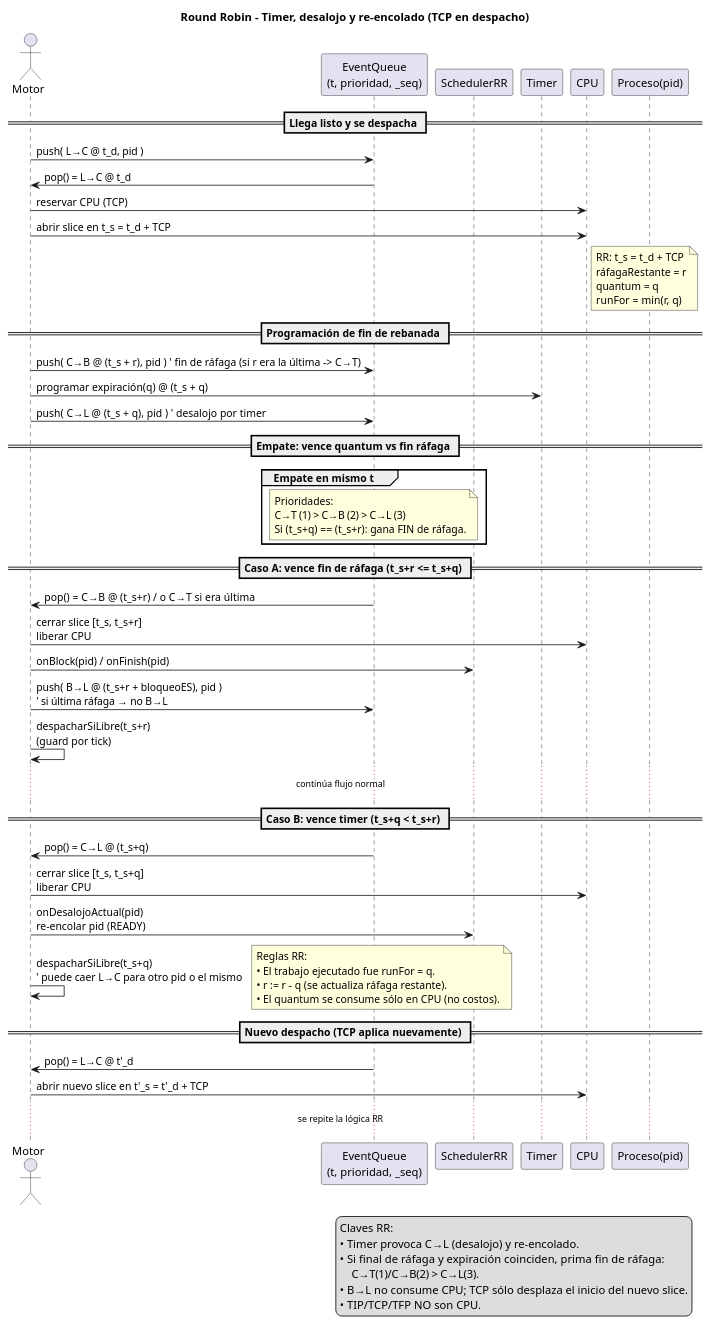
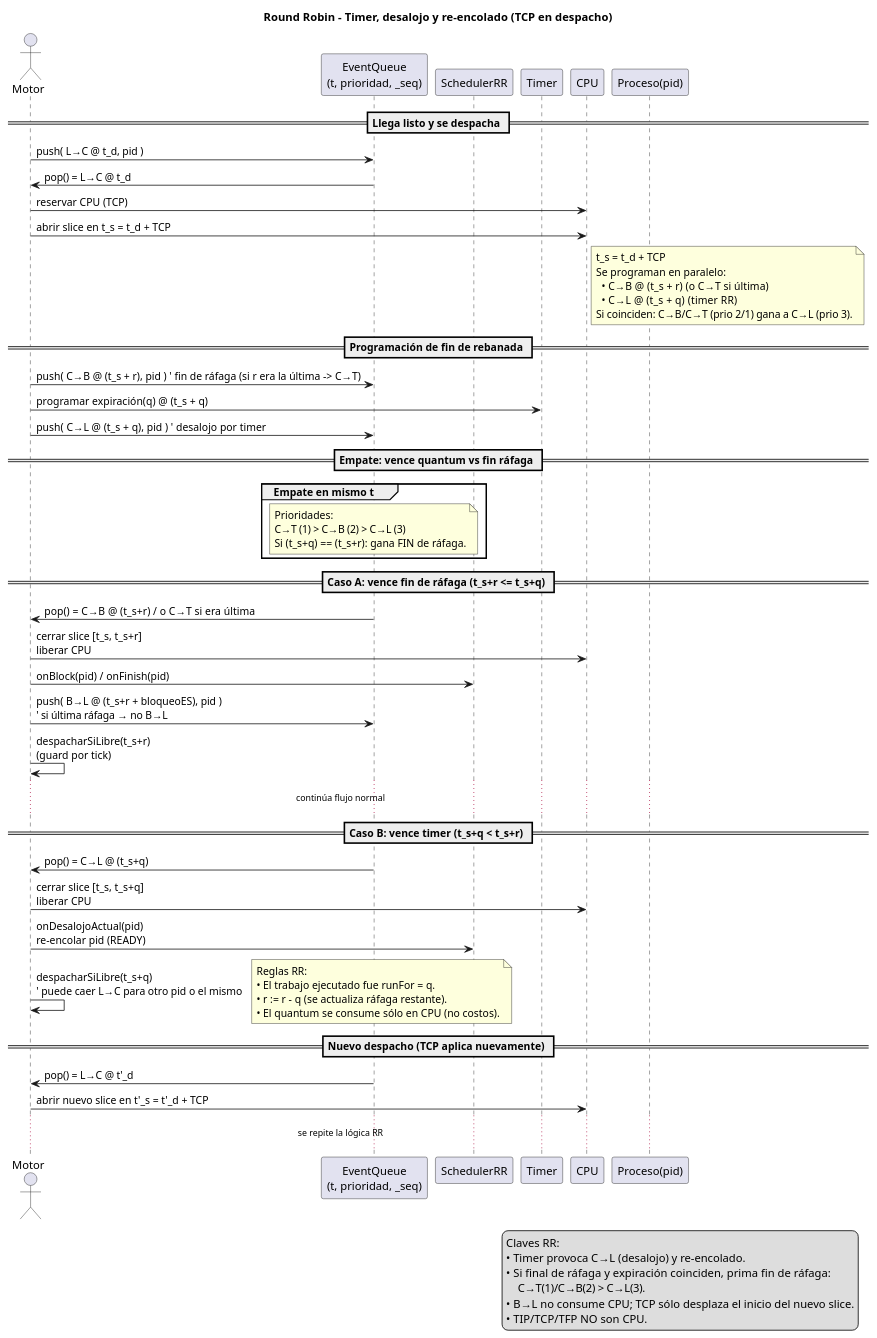
Before and after one commit to micaelaalvaradomendez/planificacionProcesador: the diagram in diagramas/secuenciaRR.puml, drawn with PlantUML. The commit also changed 11 other files, not shown here.

```diff
--- a/diagramas/secuenciaRR.puml
+++ b/diagramas/secuenciaRR.puml
@@ -1,70 +1,71 @@
 @startuml 06-secuencia-rr
 title Round Robin – Timer, desalojo y re-encolado (TCP en despacho)
 
 actor "Motor" as ENG
 participant "EventQueue\n(t, prioridad, _seq)" as EQ
 participant "SchedulerRR" as SCH
 participant "Timer" as TM
 participant "CPU" as CPU
 participant "Proceso(pid)" as P
 
 == Llega listo y se despacha ==
 ENG -> EQ : push( L→C @ t_d, pid )
 EQ  -> ENG : pop() = L→C @ t_d
 ENG -> CPU : reservar CPU (TCP)
 ENG -> CPU : abrir slice en t_s = t_d + TCP
 note right of CPU
-  RR: t_s = t_d + TCP
-  ráfagaRestante = r
-  quantum = q
-  runFor = min(r, q)
+  t_s = t_d + TCP
+  Se programan en paralelo:
+    • C→B @ (t_s + r)   (o C→T si última)
+    • C→L @ (t_s + q)   (timer RR)
+  Si coinciden: C→B/C→T (prio 2/1) gana a C→L (prio 3).
 end note
 
 == Programación de fin de rebanada ==
 ENG -> EQ : push( C→B @ (t_s + r), pid )  ' fin de ráfaga (si r era la última -> C→T)
 ENG -> TM : programar expiración(q) @ (t_s + q)
 ENG -> EQ : push( C→L @ (t_s + q), pid )  ' desalojo por timer
 
 == Empate: vence quantum vs fin ráfaga ==
 group Empate en mismo t
   note over EQ
     Prioridades:
     C→T (1) > C→B (2) > C→L (3)
     Si (t_s+q) == (t_s+r): gana FIN de ráfaga.
   end note
 end
 
 == Caso A: vence fin de ráfaga (t_s+r <= t_s+q) ==
 EQ  -> ENG : pop() = C→B @ (t_s+r)  /  o C→T si era última
 ENG -> CPU : cerrar slice [t_s, t_s+r]\nliberar CPU
 ENG -> SCH : onBlock(pid) / onFinish(pid)
 ENG -> EQ  : push( B→L @ (t_s+r + bloqueoES), pid )\n' si última ráfaga → no B→L
 ENG -> ENG : despacharSiLibre(t_s+r)\n(guard por tick)
 ... continúa flujo normal ...
 
 == Caso B: vence timer (t_s+q < t_s+r) ==
 EQ  -> ENG : pop() = C→L @ (t_s+q)
 ENG -> CPU : cerrar slice [t_s, t_s+q]\nliberar CPU
 ENG -> SCH : onDesalojoActual(pid)\nre-encolar pid (READY)
 ENG -> ENG : despacharSiLibre(t_s+q)\n' puede caer L→C para otro pid o el mismo
 note right
   Reglas RR:
   • El trabajo ejecutado fue runFor = q.
   • r := r - q (se actualiza ráfaga restante).
   • El quantum se consume sólo en CPU (no costos).
 end note
 
 == Nuevo despacho (TCP aplica nuevamente) ==
 EQ  -> ENG : pop() = L→C @ t'_d
 ENG -> CPU : abrir nuevo slice en t'_s = t'_d + TCP
 ... se repite la lógica RR ...
 
 legend right
   Claves RR:
   • Timer provoca C→L (desalojo) y re-encolado.
   • Si final de ráfaga y expiración coinciden, prima fin de ráfaga:
       C→T(1)/C→B(2) > C→L(3).
   • B→L no consume CPU; TCP sólo desplaza el inicio del nuevo slice.
   • TIP/TCP/TFP NO son CPU.
 endlegend
 @enduml
```
